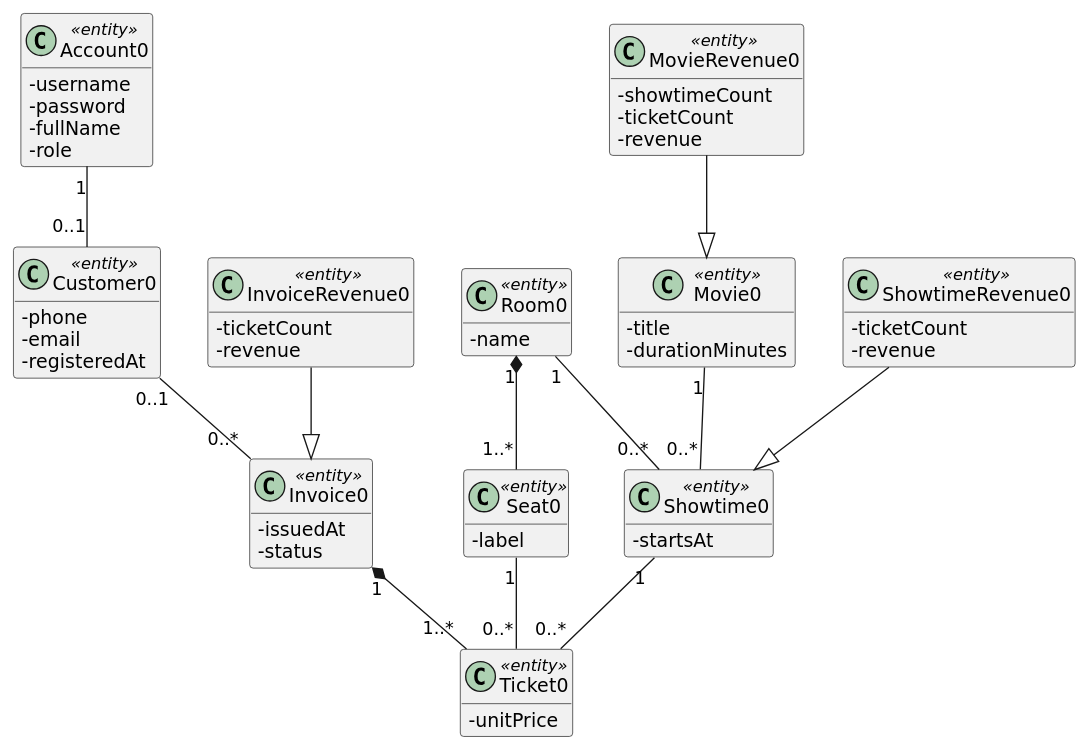
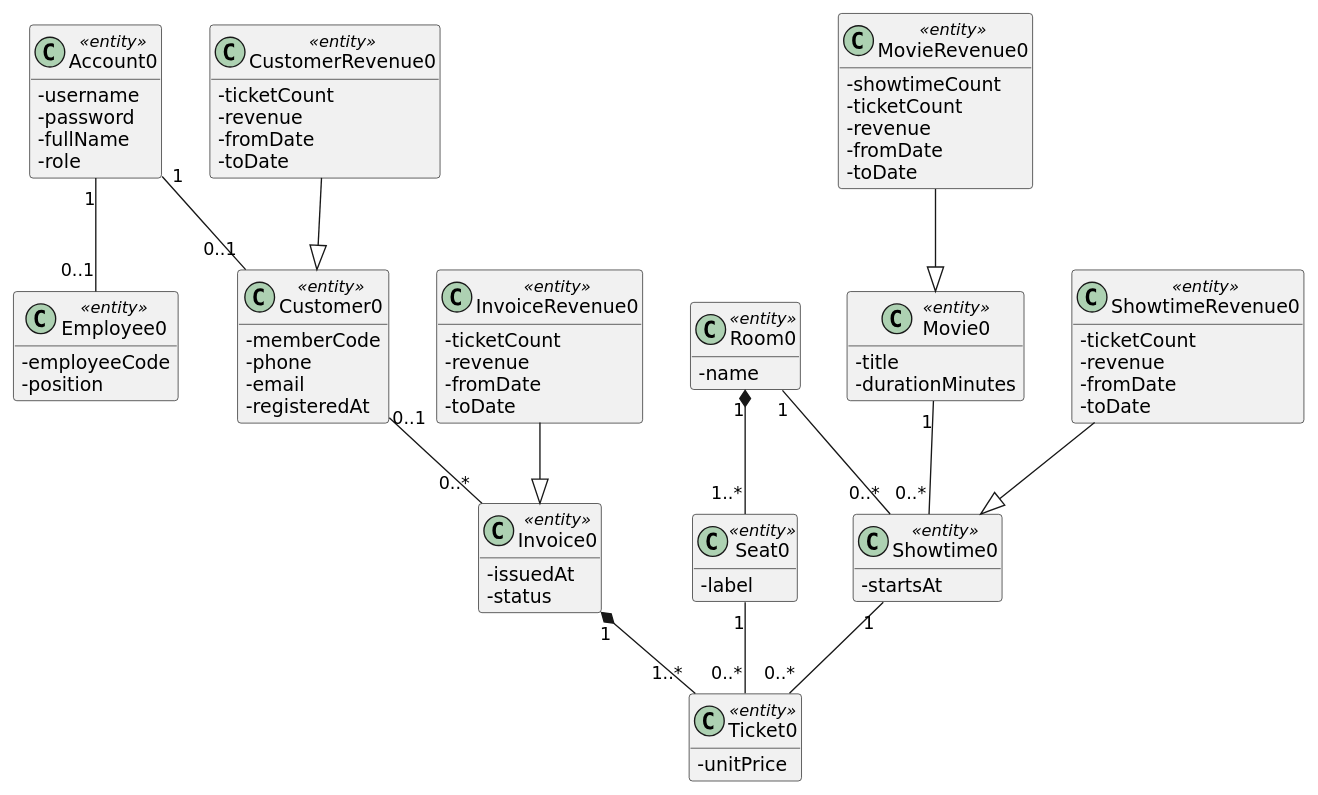
Before and after one commit to tinhatinh/PTTK: the diagram in uml/phan-tich/02-domain.puml, drawn with PlantUML. The commit also changed 97 other files, not shown here.

Commit message:
Finalize CineMan analysis design diagrams and report

```diff
--- a/uml/phan-tich/02-domain.puml
+++ b/uml/phan-tich/02-domain.puml
@@ -1,61 +1,80 @@
 @startuml 02-domain
 skinparam defaultFontName DejaVu Sans
 skinparam shadowing false
 skinparam classAttributeIconSize 0
 hide empty members
 class Account0 <<entity>> {
  -username
  -password
  -fullName
  -role
 }
 class Customer0 <<entity>> {
+ -memberCode
  -phone
  -email
  -registeredAt
+}
+class Employee0 <<entity>> {
+ -employeeCode
+ -position
 }
 class Movie0 <<entity>> {
  -title
  -durationMinutes
 }
 class Room0 <<entity>> {
  -name
 }
 class Seat0 <<entity>> {
  -label
 }
 class Showtime0 <<entity>> {
  -startsAt
 }
 class Invoice0 <<entity>> {
  -issuedAt
  -status
 }
 class Ticket0 <<entity>> {
  -unitPrice
 }
 class MovieRevenue0 <<entity>> {
  -showtimeCount
  -ticketCount
  -revenue
+ -fromDate
+ -toDate
+}
+class CustomerRevenue0 <<entity>> {
+ -ticketCount
+ -revenue
+ -fromDate
+ -toDate
 }
 class ShowtimeRevenue0 <<entity>> {
  -ticketCount
  -revenue
+ -fromDate
+ -toDate
 }
 class InvoiceRevenue0 <<entity>> {
  -ticketCount
  -revenue
+ -fromDate
+ -toDate
 }
+Account0 "1" -- "0..1" Employee0
 Account0 "1" -- "0..1" Customer0
 Customer0 "0..1" -- "0..*" Invoice0
 Movie0 "1" -- "0..*" Showtime0
 Room0 "1" *-- "1..*" Seat0
 Room0 "1" -- "0..*" Showtime0
 Invoice0 "1" *-- "1..*" Ticket0
 Showtime0 "1" -- "0..*" Ticket0
 Seat0 "1" -- "0..*" Ticket0
+CustomerRevenue0 --|> Customer0
 MovieRevenue0 --|> Movie0
 ShowtimeRevenue0 --|> Showtime0
 InvoiceRevenue0 --|> Invoice0
 @enduml
```
